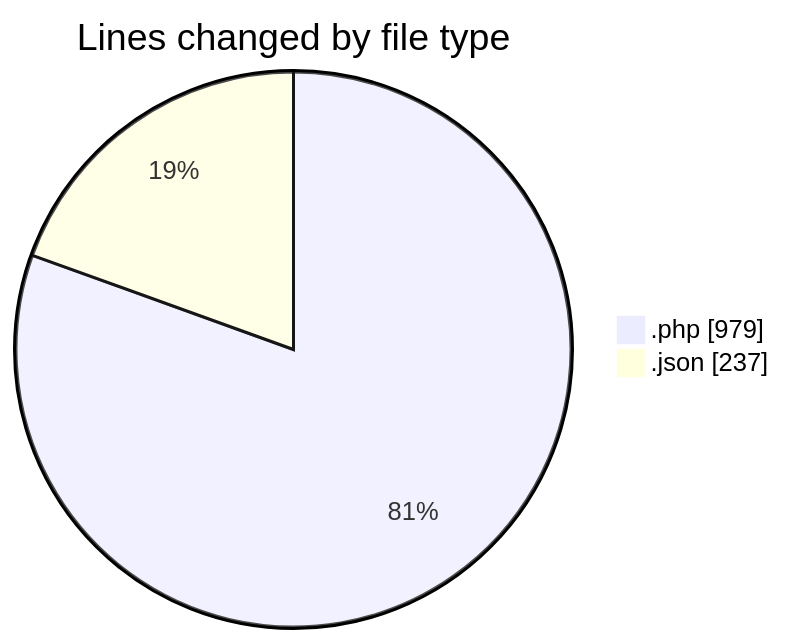
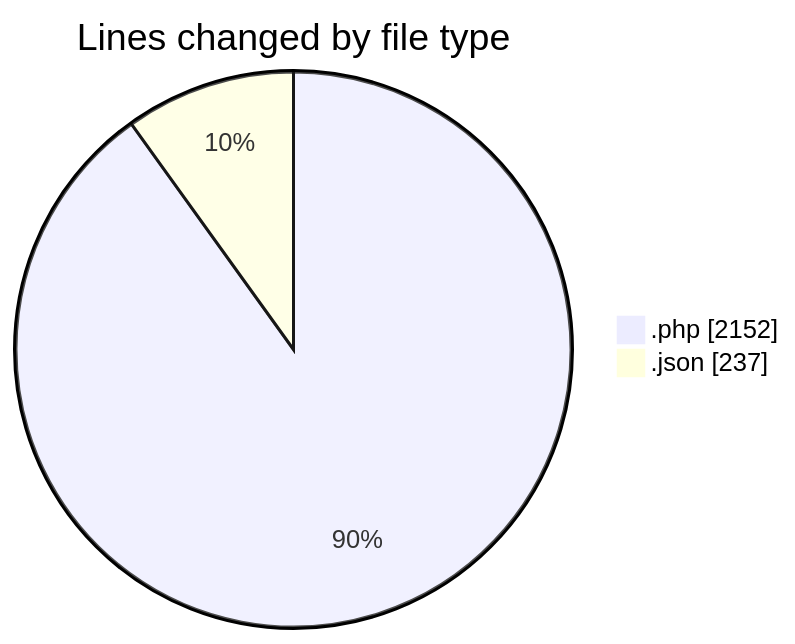
The first of 2 diagrams in 2025-05-30/studio-backend/README.md (idhammustaqopulfikri/code-tracking), drawn with Mermaid before and after one commit. The commit also changed other lines of this file and 1 other file, not shown here.

````diff
--- a/2025-05-30/studio-backend/README.md
+++ b/2025-05-30/studio-backend/README.md
@@ -32,6 +34,6 @@
 ```mermaid
 pie showData
 title Lines changed by file type
-".php" : 979
+".php" : 2152
 ".json" : 237
 ```
````
